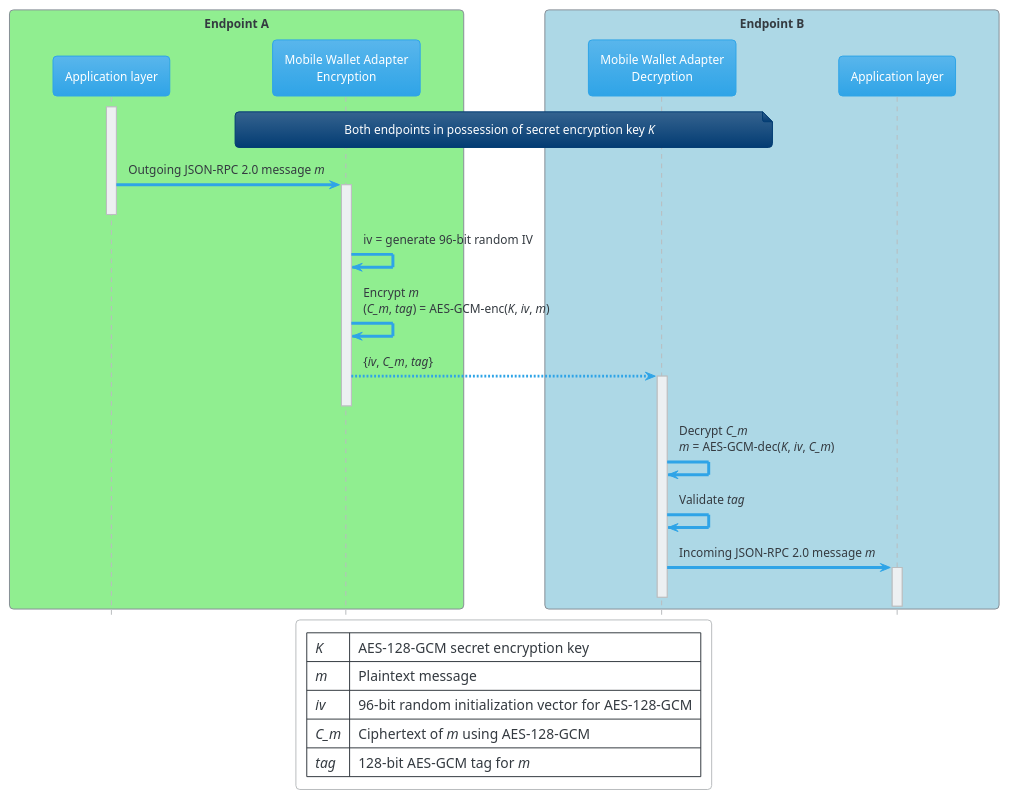
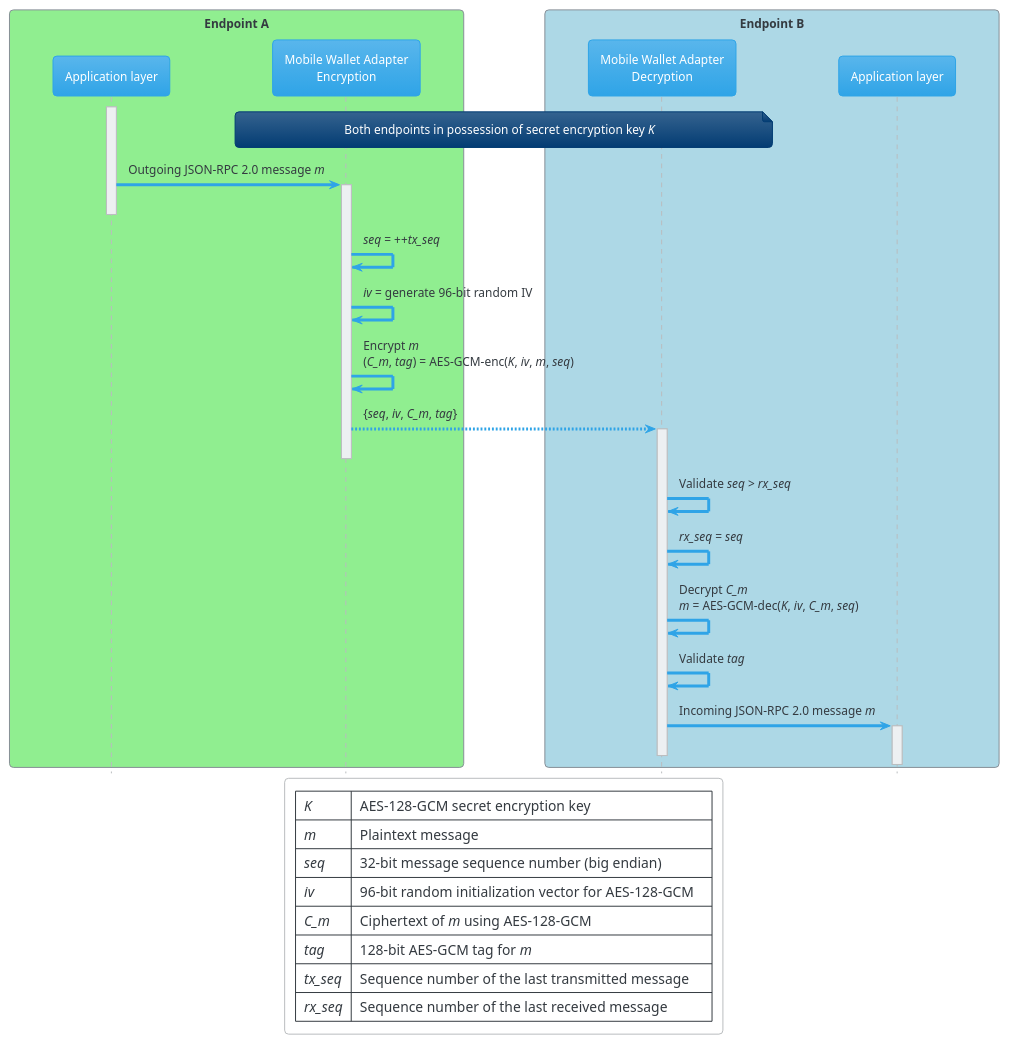
One commit to solana-mobile/mobile-wallet-adapter changed the diagram in spec/_diagrams/encrypted_message_wrapping.plantuml. Above: the diagram before and after it, drawn with PlantUML. The commit also changed 1 other file, not shown here.

Commit message:
Update MWA spec to 0.2.0 with wallet adapter feedback

```diff
--- a/spec/_diagrams/encrypted_message_wrapping.plantuml
+++ b/spec/_diagrams/encrypted_message_wrapping.plantuml
@@ -1,41 +1,47 @@
 @startuml
 
 !theme cerulean
 skinparam backgroundColor #FFFFFF
 
 hide footbox
 
 box "Endpoint A" #LightGreen
 participant App_A as "Application layer"
 participant MWA_A as "Mobile Wallet Adapter\nEncryption"
 end box
 box "Endpoint B" #LightBlue
 participant MWA_B as "Mobile Wallet Adapter\nDecryption"
 participant App_B as "Application layer"
 end box
 
 App_A ++
 
 note over MWA_A, MWA_B : Both endpoints in possession of secret encryption key <i>K</i>
 
 App_A -> MWA_A ++-- : Outgoing JSON-RPC 2.0 message <i>m</i>
 
-MWA_A -> MWA_A : iv = generate 96-bit random IV
-MWA_A -> MWA_A : Encrypt <i>m</i>\n(<i>C_m</i>, <i>tag</i>) = AES-GCM-enc(<i>K</i>, <i>iv</i>, <i>m</i>)
+MWA_A -> MWA_A : <i>seq</i> = ++<i>tx_seq</i>
+MWA_A -> MWA_A : <i>iv</i> = generate 96-bit random IV
+MWA_A -> MWA_A : Encrypt <i>m</i>\n(<i>C_m</i>, <i>tag</i>) = AES-GCM-enc(<i>K</i>, <i>iv</i>, <i>m</i>, <i>seq</i>)
 
-MWA_A --> MWA_B ++-- : {<i>iv</i>, <i>C_m</i>, <i>tag</i>}
+MWA_A --> MWA_B ++-- : {<i>seq</i>, <i>iv</i>, <i>C_m</i>, <i>tag</i>}
 
-MWA_B -> MWA_B : Decrypt <i>C_m</i>\n<i>m</i> = AES-GCM-dec(<i>K</i>, <i>iv</i>, <i>C_m</i>)
+MWA_B -> MWA_B : Validate <i>seq</i> > <i>rx_seq</i>
+MWA_B -> MWA_B : <i>rx_seq</i> = <i>seq</i>
+MWA_B -> MWA_B : Decrypt <i>C_m</i>\n<i>m</i> = AES-GCM-dec(<i>K</i>, <i>iv</i>, <i>C_m</i>, <i>seq</i>)
 MWA_B -> MWA_B : Validate <i>tag</i>
 
 MWA_B -> App_B ++-- : Incoming JSON-RPC 2.0 message <i>m</i>
 
 legend
-| <i>K</i>   | AES-128-GCM secret encryption key                   |
-| <i>m</i>   | Plaintext message                                   |
-| <i>iv</i>  | 96-bit random initialization vector for AES-128-GCM |
-| <i>C_m</i> | Ciphertext of <i>m</i> using AES-128-GCM            |
-| <i>tag</i> | 128-bit AES-GCM tag for <i>m</i>                    |
+| <i>K</i>      | AES-128-GCM secret encryption key                   |
+| <i>m</i>      | Plaintext message                                   |
+| <i>seq</i>    | 32-bit message sequence number (big endian)         |
+| <i>iv</i>     | 96-bit random initialization vector for AES-128-GCM |
+| <i>C_m</i>    | Ciphertext of <i>m</i> using AES-128-GCM            |
+| <i>tag</i>    | 128-bit AES-GCM tag for <i>m</i>                    |
+| <i>tx_seq</i> | Sequence number of the last transmitted message     |
+| <i>rx_seq</i> | Sequence number of the last received message        |
 end legend
 
 @enduml
```
